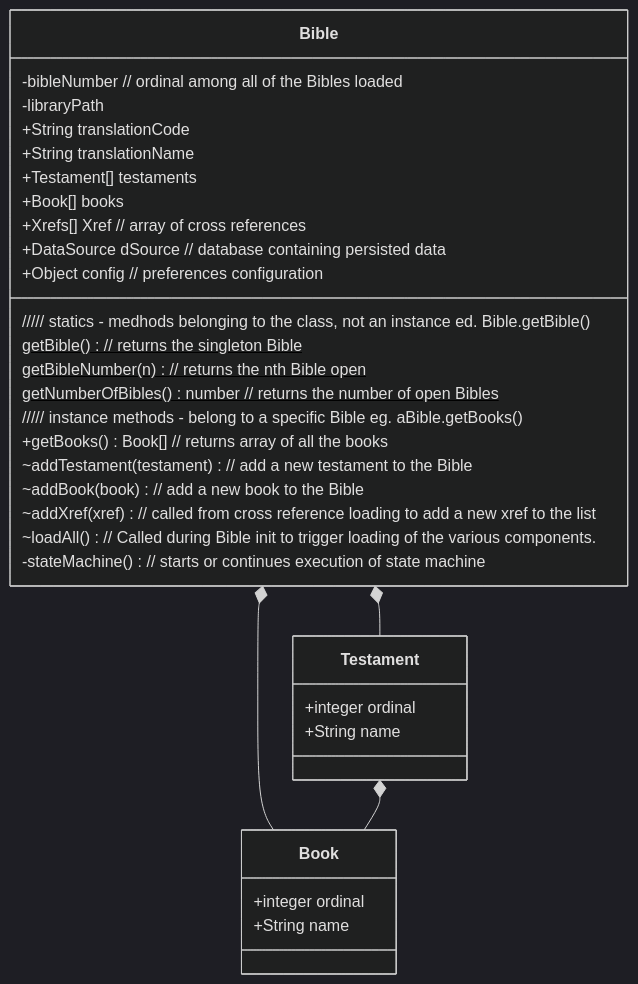
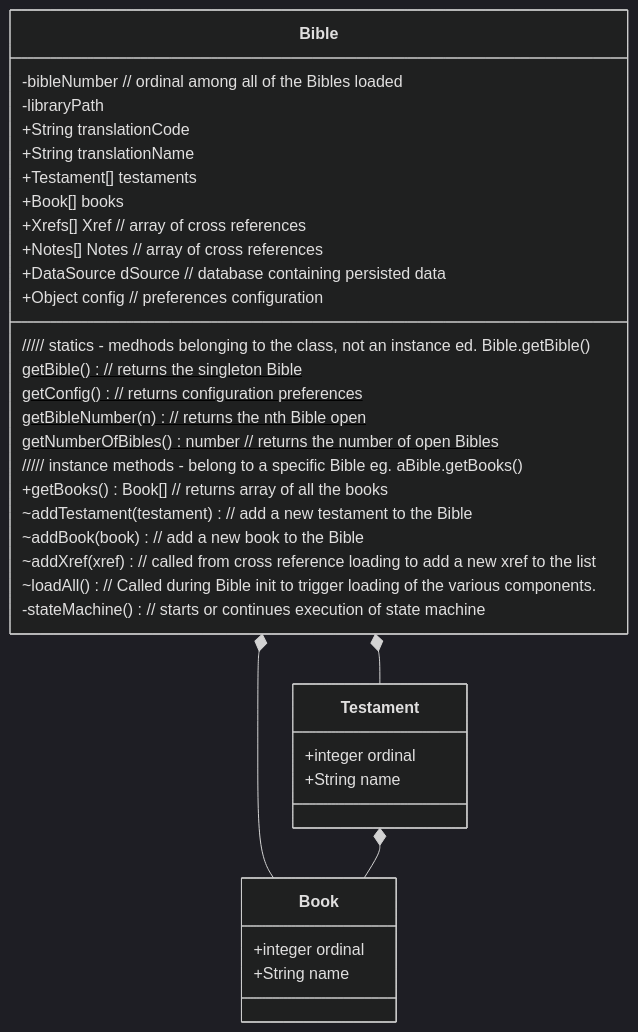
The diagram in ObjectModel/Bible.md (MichaelKentBurns/BibleModel), drawn with Mermaid (dark theme) before and after one commit. The commit also changed 20 other files, not shown here.

````diff
--- a/ObjectModel/Bible.md
+++ b/ObjectModel/Bible.md
@@ -15,36 +15,38 @@
  ```mermaid
  classDiagram
     class Bible {
           -bibleNumber              // ordinal among all of the Bibles loaded
           -libraryPath
            +String  translationCode
            +String  translationName
            +Testament[] testaments
            +Book[] books
            +Xrefs[] Xref              // array of cross references
+           +Notes[] Notes              // array of cross references
            +DataSource dSource          // database containing persisted data
            +Object  config            // preferences configuration
      ///// statics - medhods belonging to the class, not an instance  ed.  Bible.getBible()
       getBible()$    // returns the singleton Bible
+      getConfig()$   // returns configuration preferences
       getBibleNumber(n)$  // returns the nth Bible open
       getNumberOfBibles()$ number     // returns the number of open Bibles
      ///// instance methods - belong to a specific Bible   eg.  aBible.getBooks()
      +getBooks()   Book[]   // returns array of all the books
      ~addTestament(testament)  // add a new testament to the Bible
      ~addBook(book)  // add a new book to the Bible
      ~addXref(xref)  // called from cross reference loading to add a new xref to the list
      ~loadAll()    // Called during Bible init to trigger loading of the various components.
       -stateMachine()       // starts or continues execution of state machine
  }
  class Book {
   +integer ordinal
   +String  name
  }
  Bible *-- Book
  class Testament {
    +integer ordinal
    +String  name
  }
  Bible *-- Testament
  Testament *-- Book
  ```
````
